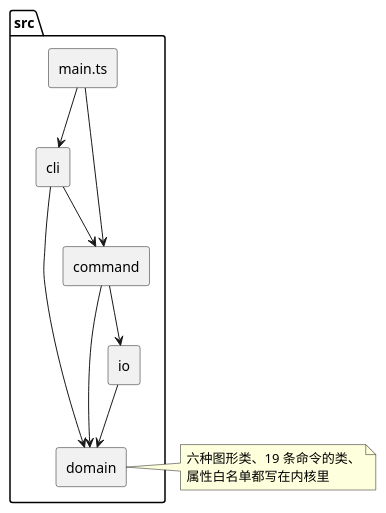
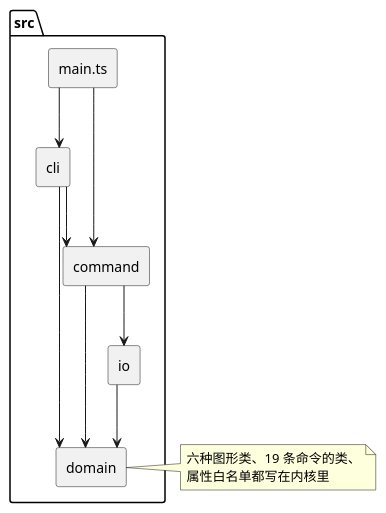
Before and after one commit to eric15342335/CS30075-SoftwareDesign-Lab: the first of 2 diagrams in doc/README.md, drawn with PlantUML. The commit also changed other lines of this file and 2 other files, not shown here.

First line of the commit message:
docs: render the module diagrams as images

````diff
--- a/doc/README.md
+++ b/doc/README.md
@@ -183,23 +193,24 @@
 ```plantuml
 @startuml phase1-modules
 skinparam componentStyle rectangle
+skinparam linetype ortho
 package "src" {
   [main.ts] as main
   [cli] as cli
   [command] as command
   [io] as io
   [domain] as domain
 }
 main --> cli
 main --> command
 cli --> command
 cli --> domain
 command --> io
 command --> domain
 io --> domain
 note right of domain
   六种图形类、19 条命令的类、
   属性白名单都写在内核里
 end note
 @enduml
 ```
````
